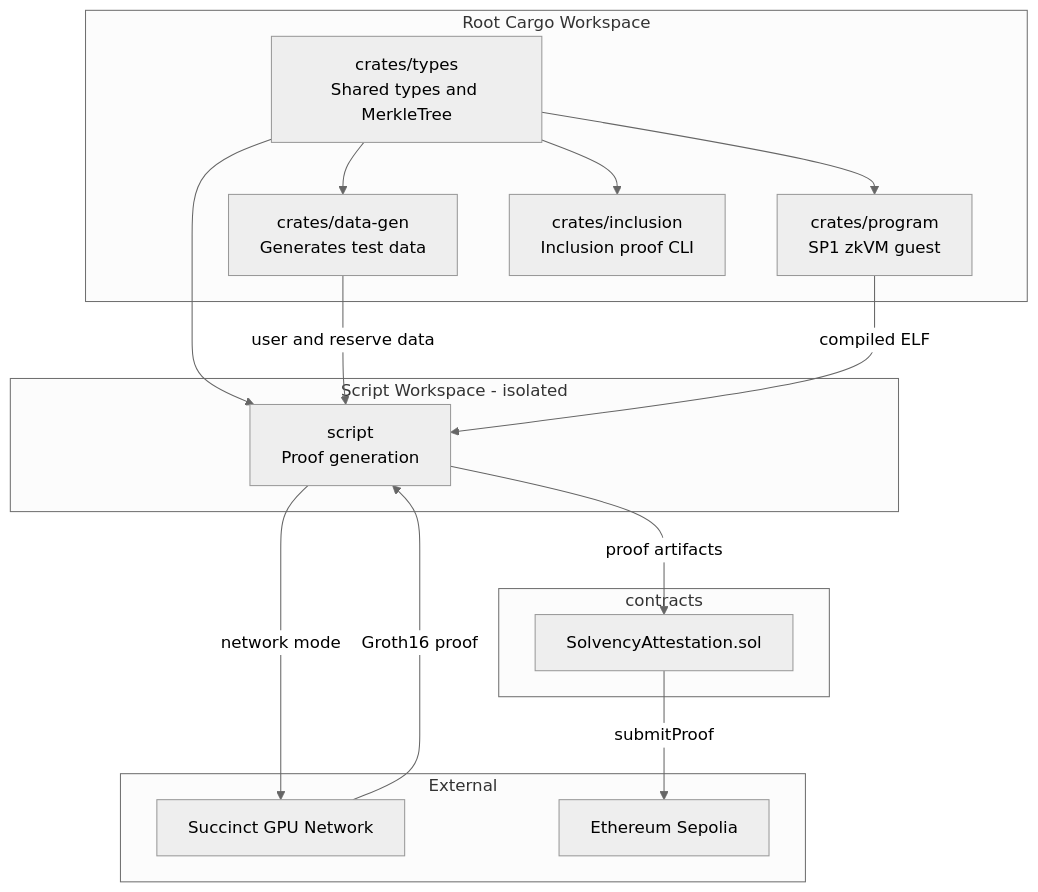
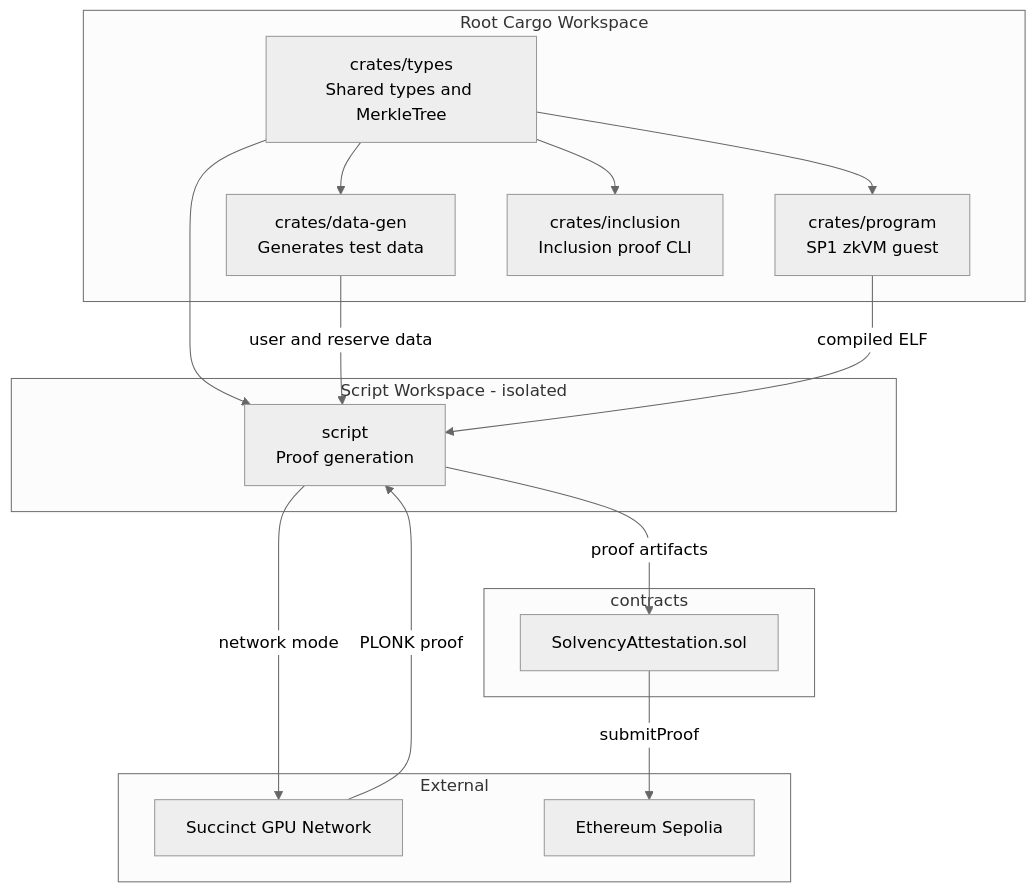
Before and after one commit to yx-xyc/zk-solvency: the third of 4 diagrams in docs/presentation.md, drawn with Mermaid (neutral theme). The commit also changed other lines of this file and 5 other files, not shown here.

Commit message:
Update all docs (Groth16→PLONK, live deployment values) and fix vkey API (pk.verifying_key().bytes32())

````diff
--- a/docs/presentation.md
+++ b/docs/presentation.md
@@ -170,33 +177,33 @@
 ```mermaid
 flowchart TD
     subgraph RootWS[Root Cargo Workspace]
         TYPES["crates/types\nShared types and MerkleTree"]
         DATAGEN["crates/data-gen\nGenerates test data"]
         PROGRAM["crates/program\nSP1 zkVM guest"]
         INCLUSION["crates/inclusion\nInclusion proof CLI"]
     end
 
     subgraph ScriptWS[Script Workspace - isolated]
         SCRIPT["script\nProof generation"]
     end
 
     subgraph ContractsDir[contracts]
         SOL["SolvencyAttestation.sol"]
     end
 
     subgraph External[External]
         SPNET["Succinct GPU Network"]
         SEPOLIA["Ethereum Sepolia"]
     end
 
     TYPES --> DATAGEN
     TYPES --> PROGRAM
     TYPES --> INCLUSION
     TYPES --> SCRIPT
     DATAGEN -->|user and reserve data| SCRIPT
     PROGRAM -->|compiled ELF| SCRIPT
     SCRIPT -->|proof artifacts| SOL
     SCRIPT -->|network mode| SPNET
-    SPNET -->|Groth16 proof| SCRIPT
+    SPNET -->|PLONK proof| SCRIPT
     SOL -->|submitProof| SEPOLIA
 ```
````
